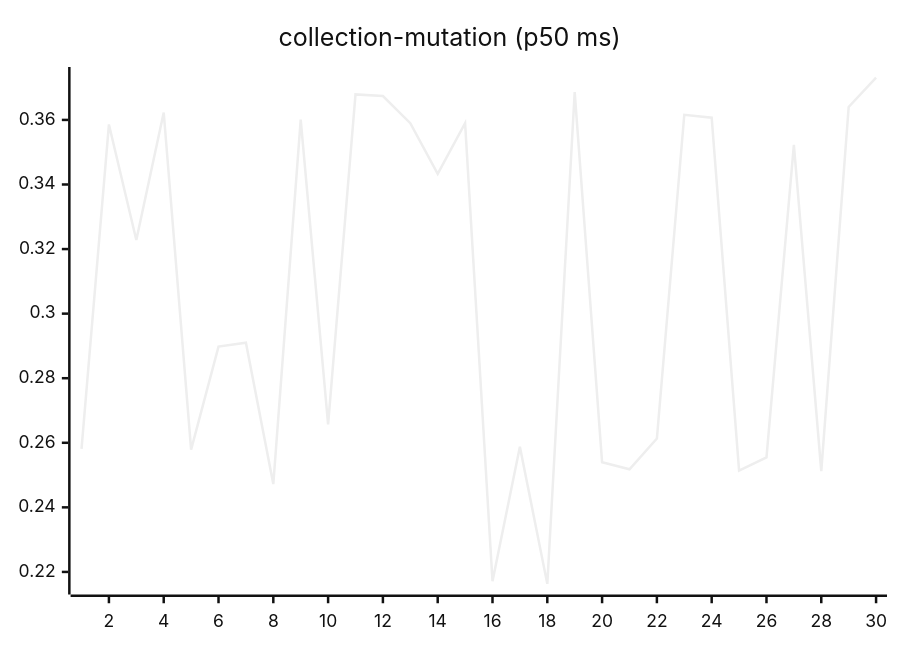
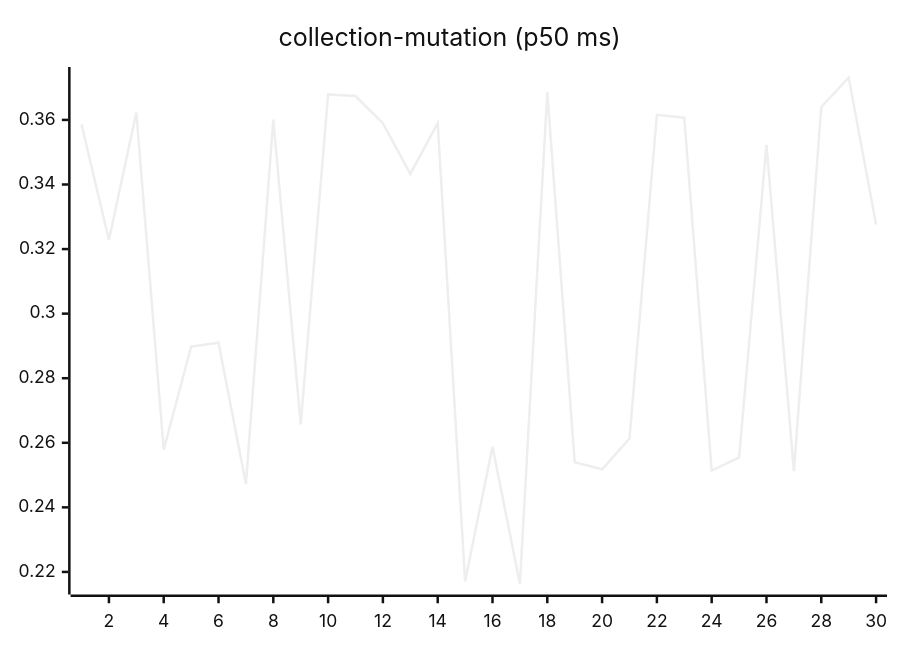
Before and after one commit to josha/Facet: the sixth of 27 diagrams in README.md, drawn with Mermaid (neutral theme). The commit also changed other lines of this file and 2 other files, not shown here.

````diff
--- a/README.md
+++ b/README.md
@@ -98,6 +98,6 @@
 ```mermaid
 xychart-beta
     title "collection-mutation (p50 ms)"
     x-axis 1 --> 30
-    line [0.2581, 0.3586, 0.3228, 0.3623, 0.2579, 0.2898, 0.2910, 0.2472, 0.3601, 0.2657, 0.3679, 0.3674, 0.3590, 0.3433, 0.3590, 0.2171, 0.2588, 0.2163, 0.3686, 0.2540, 0.2518, 0.2613, 0.3616, 0.3607, 0.2514, 0.2555, 0.3523, 0.2512, 0.3640, 0.3731]
+    line [0.3586, 0.3228, 0.3623, 0.2579, 0.2898, 0.2910, 0.2472, 0.3601, 0.2657, 0.3679, 0.3674, 0.3590, 0.3433, 0.3590, 0.2171, 0.2588, 0.2163, 0.3686, 0.2540, 0.2518, 0.2613, 0.3616, 0.3607, 0.2514, 0.2555, 0.3523, 0.2512, 0.3640, 0.3731, 0.3276]
 ```
````
